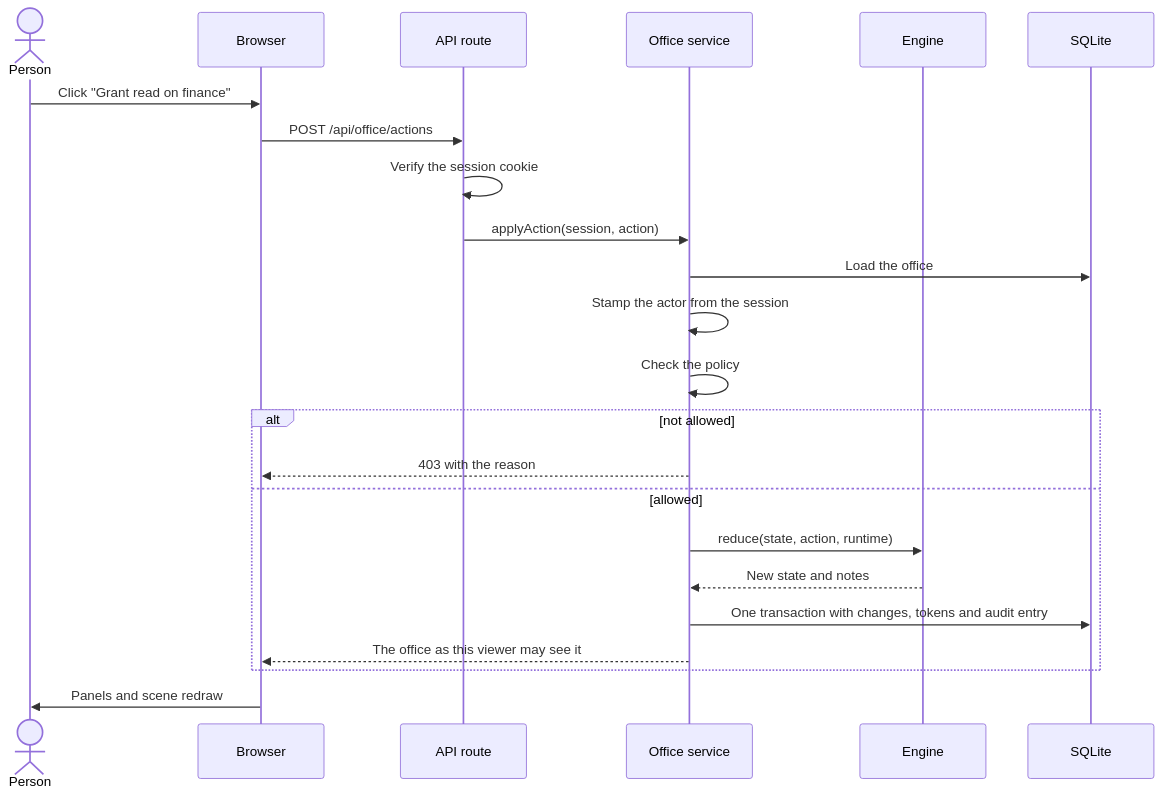
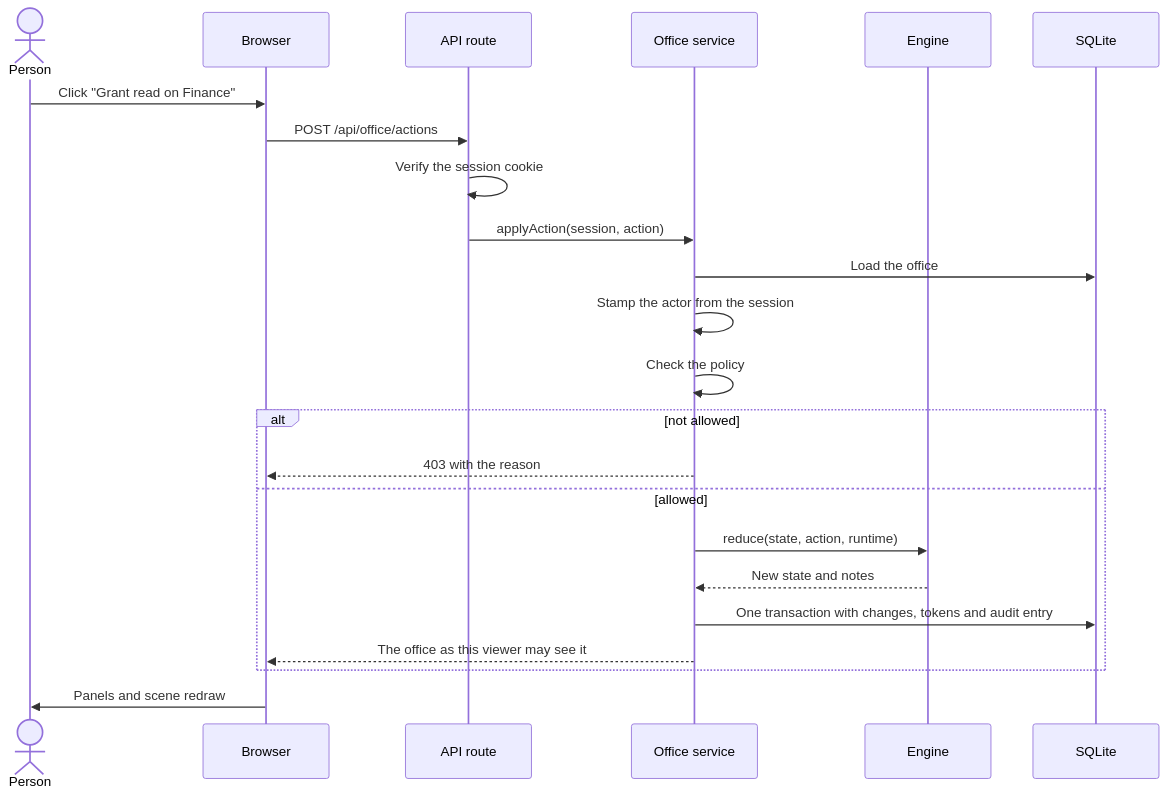
Before and after one commit to seyitgkc/ai-virtual-office: the second of 11 diagrams in docs/architecture.md, drawn with Mermaid. The commit also changed other lines of this file and 9 other files, not shown here.

````diff
--- a/docs/architecture.md
+++ b/docs/architecture.md
@@ -49,26 +49,26 @@
 ```mermaid
 sequenceDiagram
   actor P as Person
   participant B as Browser
   participant A as API route
   participant S as Office service
   participant E as Engine
   participant D as SQLite
 
-  P->>B: Click "Grant read on finance"
+  P->>B: Click "Grant read on Finance"
   B->>A: POST /api/office/actions
   A->>A: Verify the session cookie
   A->>S: applyAction(session, action)
   S->>D: Load the office
   S->>S: Stamp the actor from the session
   S->>S: Check the policy
   alt not allowed
     S-->>B: 403 with the reason
   else allowed
     S->>E: reduce(state, action, runtime)
     E-->>S: New state and notes
     S->>D: One transaction with changes, tokens and audit entry
     S-->>B: The office as this viewer may see it
   end
   B->>P: Panels and scene redraw
 ```
````
